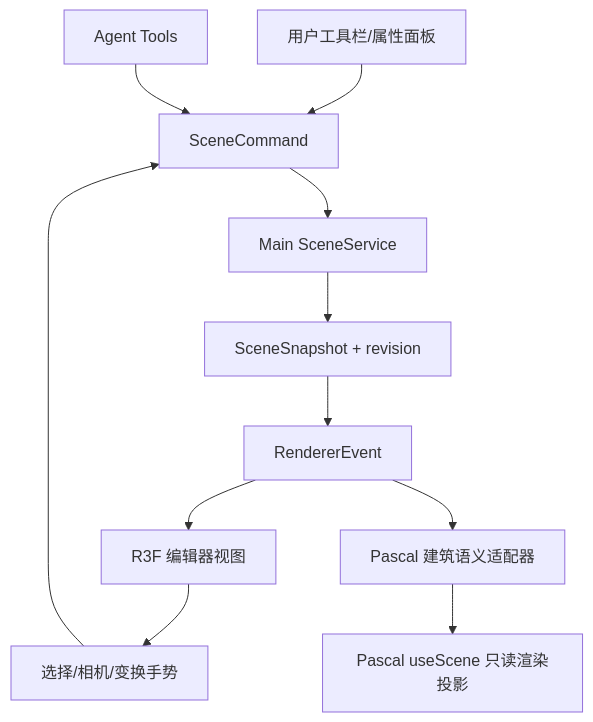
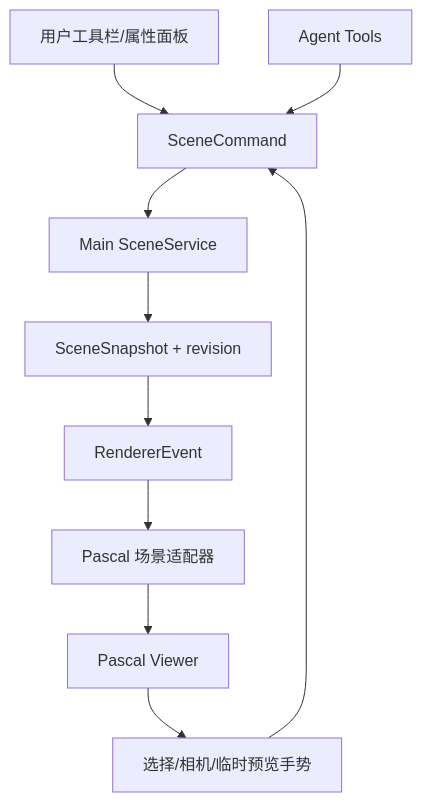
Before and after one commit to xy200303/ArchAgent: the diagram in docs/design/ArchAgent-编辑器设计方案.md, drawn with Mermaid. The commit also changed other lines of this file and 7 other files, not shown here.

````diff
--- a/docs/design/ArchAgent-编辑器设计方案.md
+++ b/docs/design/ArchAgent-编辑器设计方案.md
@@ -66,13 +55,12 @@
 ```mermaid
 graph TB
     U[用户工具栏/属性面板] --> C[SceneCommand]
     A[Agent Tools] --> C
     C --> S[Main SceneService]
     S --> D[SceneSnapshot + revision]
     D --> E[RendererEvent]
-    E --> R[R3F 编辑器视图]
-    E --> P[Pascal 建筑语义适配器]
-    R --> I[选择/相机/变换手势]
+    E --> P[Pascal 场景适配器]
+    P --> V[Pascal Viewer]
+    V --> I[选择/相机/临时预览手势]
     I --> C
-    P --> Q[Pascal useScene 只读渲染投影]
 ```
````
